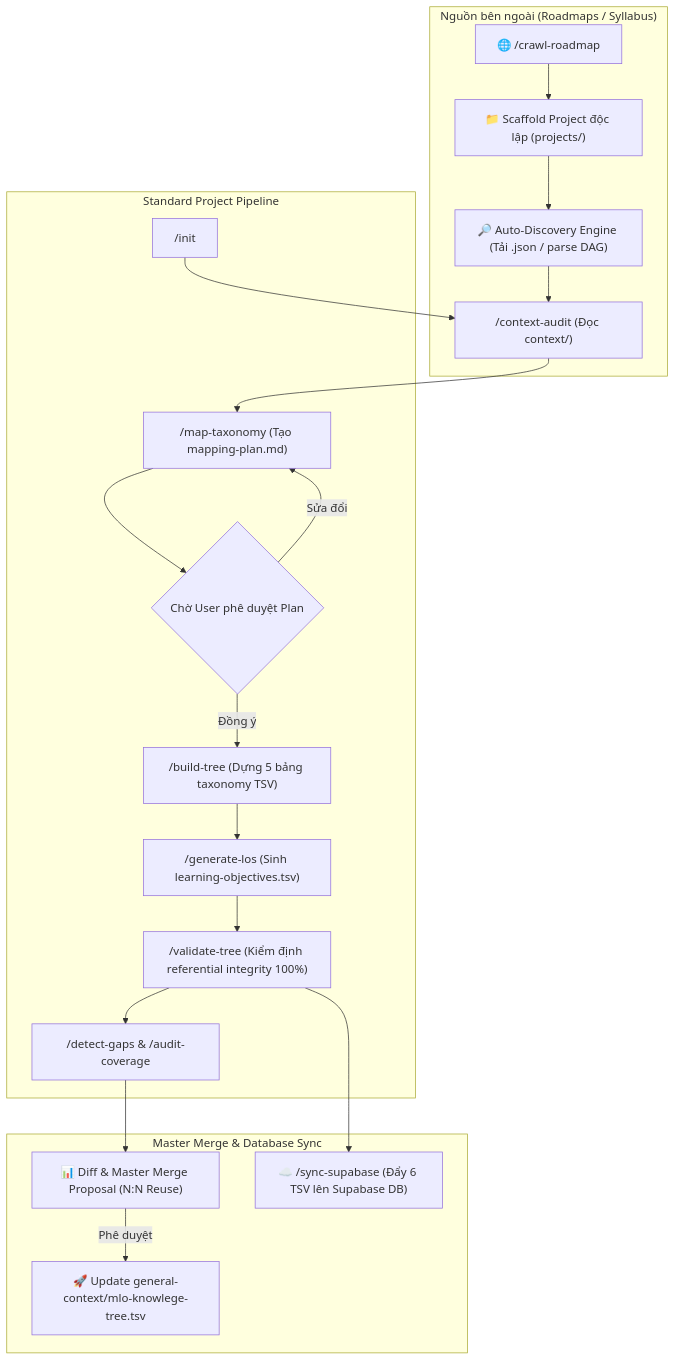
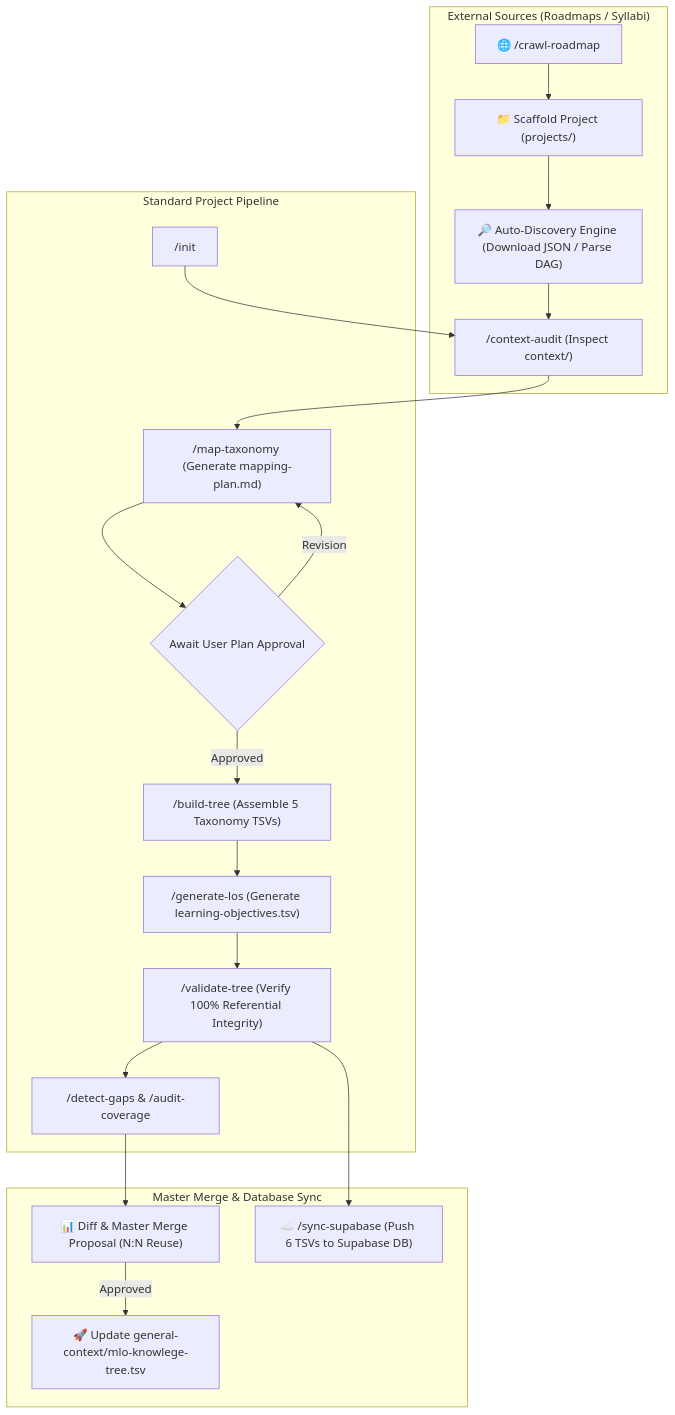
The diagram in README.md (thanh01pmt/knowledge-tree), drawn with Mermaid before and after one commit. The commit also changed other lines of this file and 1 other file, not shown here.

Commit message:
docs: refactor README for bilingual support and update project documentation structure

````diff
--- a/README.md
+++ b/README.md
@@ -82,25 +93,25 @@
 ```mermaid
 flowchart TD
-    subgraph "Nguồn bên ngoài (Roadmaps / Syllabus)"
-        URL["🌐 /crawl-roadmap <URL>"] --> InitProj["📁 Scaffold Project độc lập (projects/<slug>)"]
-        InitProj --> Discovery["🔎 Auto-Discovery Engine (Tải <slug>.json / parse DAG)"]
+    subgraph "External Sources (Roadmaps / Syllabi)"
+        URL["🌐 /crawl-roadmap <URL>"] --> InitProj["📁 Scaffold Project (projects/<slug>)"]
+        InitProj --> Discovery["🔎 Auto-Discovery Engine (Download JSON / Parse DAG)"]
         Discovery --> Audit
     end
 
     subgraph "Standard Project Pipeline"
-        Init["/init <project>"] --> Audit["/context-audit (Đọc context/)"]
-        Audit --> Map["/map-taxonomy (Tạo mapping-plan.md)"]
-        Map --> UserReview{"Chờ User phê duyệt Plan"}
-        UserReview -- Sửa đổi --> Map
-        UserReview -- Đồng ý --> Build["/build-tree (Dựng 5 bảng taxonomy TSV)"]
-        Build --> GenLO["/generate-los (Sinh learning-objectives.tsv)"]
-        GenLO --> Validate["/validate-tree (Kiểm định referential integrity 100%)"]
+        Init["/init <project>"] --> Audit["/context-audit (Inspect context/)"]
+        Audit --> Map["/map-taxonomy (Generate mapping-plan.md)"]
+        Map --> UserReview{"Await User Plan Approval"}
+        UserReview -- Revision --> Map
+        UserReview -- Approved --> Build["/build-tree (Assemble 5 Taxonomy TSVs)"]
+        Build --> GenLO["/generate-los (Generate learning-objectives.tsv)"]
+        GenLO --> Validate["/validate-tree (Verify 100% Referential Integrity)"]
         Validate --> GapCheck["/detect-gaps & /audit-coverage"]
     end
 
     subgraph "Master Merge & Database Sync"
         GapCheck --> MergeProp["📊 Diff & Master Merge Proposal (N:N Reuse)"]
-        MergeProp -- Phê duyệt --> SyncMaster["🚀 Update general-context/mlo-knowlege-tree.tsv"]
-        Validate --> SyncDB["☁️ /sync-supabase (Đẩy 6 TSV lên Supabase DB)"]
+        MergeProp -- Approved --> SyncMaster["🚀 Update general-context/mlo-knowlege-tree.tsv"]
+        Validate --> SyncDB["☁️ /sync-supabase (Push 6 TSVs to Supabase DB)"]
     end
 ```
````
